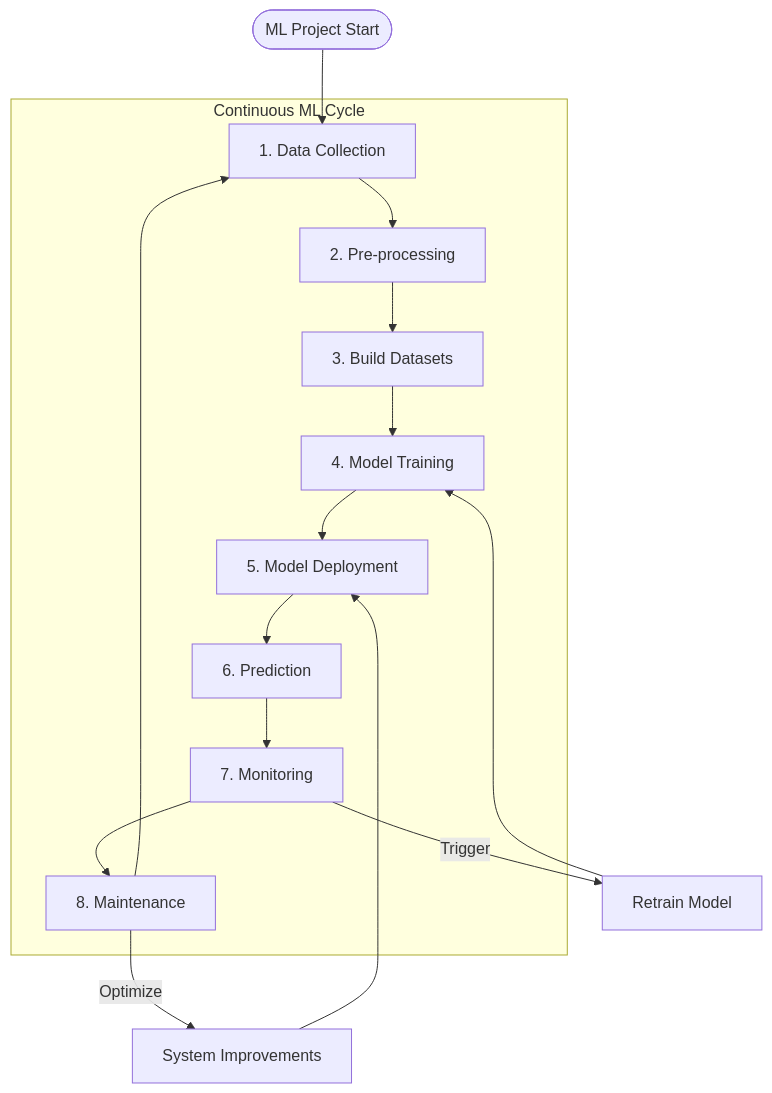
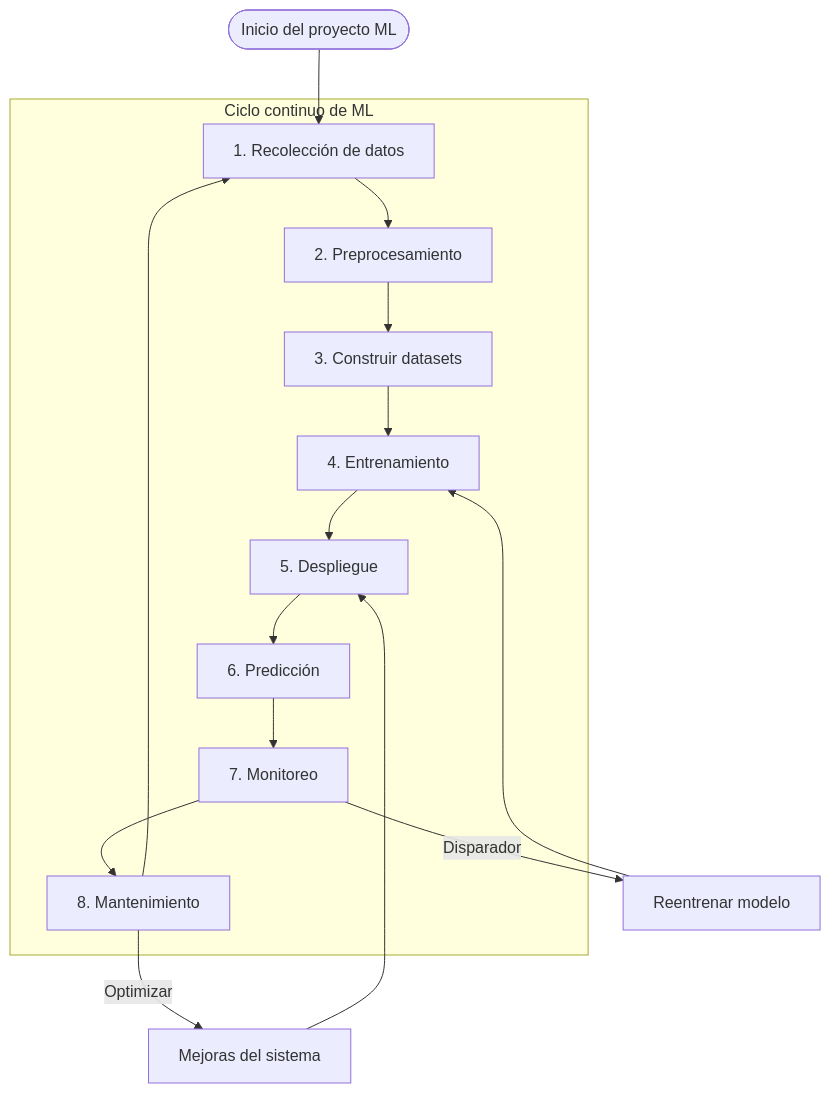
The second of 2 diagrams in docs/09_SYSTEMS/proyectos_generales_de_ml.md (pepemxl/Machine-Learning-Notes), drawn with Mermaid before and after one commit. The commit also changed other lines of this file and 3 other files, not shown here.

````diff
--- a/docs/09_SYSTEMS/proyectos_generales_de_ml.md
+++ b/docs/09_SYSTEMS/proyectos_generales_de_ml.md
@@ -55,20 +56,20 @@
 ```mermaid
 flowchart TD
-    Start([ML Project Start]) --> Collect
-    subgraph "Continuous ML Cycle"
-        Collect[1. Data Collection] --> Preprocess
-        Preprocess[2. Pre-processing] --> Build
-        Build[3. Build Datasets] --> Train
-        Train[4. Model Training] --> Deploy
-        Deploy[5. Model Deployment] --> Predict
-        Predict[6. Prediction] --> Monitor
-        Monitor[7. Monitoring] --> Maintain
-        Maintain[8. Maintenance] --> Collect
+    Start([Inicio del proyecto ML]) --> Collect
+    subgraph "Ciclo continuo de ML"
+        Collect[1. Recolección de datos] --> Preprocess
+        Preprocess[2. Preprocesamiento] --> Build
+        Build[3. Construir datasets] --> Train
+        Train[4. Entrenamiento] --> Deploy
+        Deploy[5. Despliegue] --> Predict
+        Predict[6. Predicción] --> Monitor
+        Monitor[7. Monitoreo] --> Maintain
+        Maintain[8. Mantenimiento] --> Collect
     end
     
-    Monitor -->|Trigger| Retrain[Retrain Model]
+    Monitor -->|Disparador| Retrain[Reentrenar modelo]
     Retrain --> Train
     
-    Maintain -->|Optimize| Improve[System Improvements]
+    Maintain -->|Optimizar| Improve[Mejoras del sistema]
     Improve --> Deploy
 ```
````
